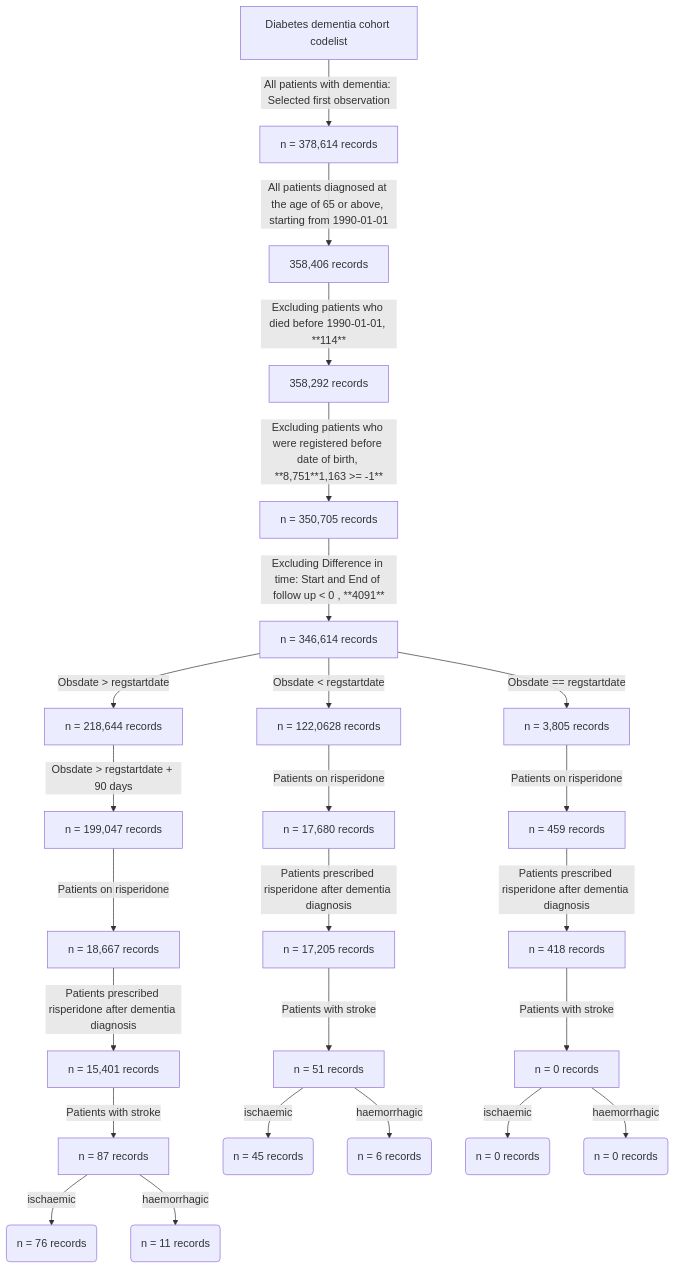
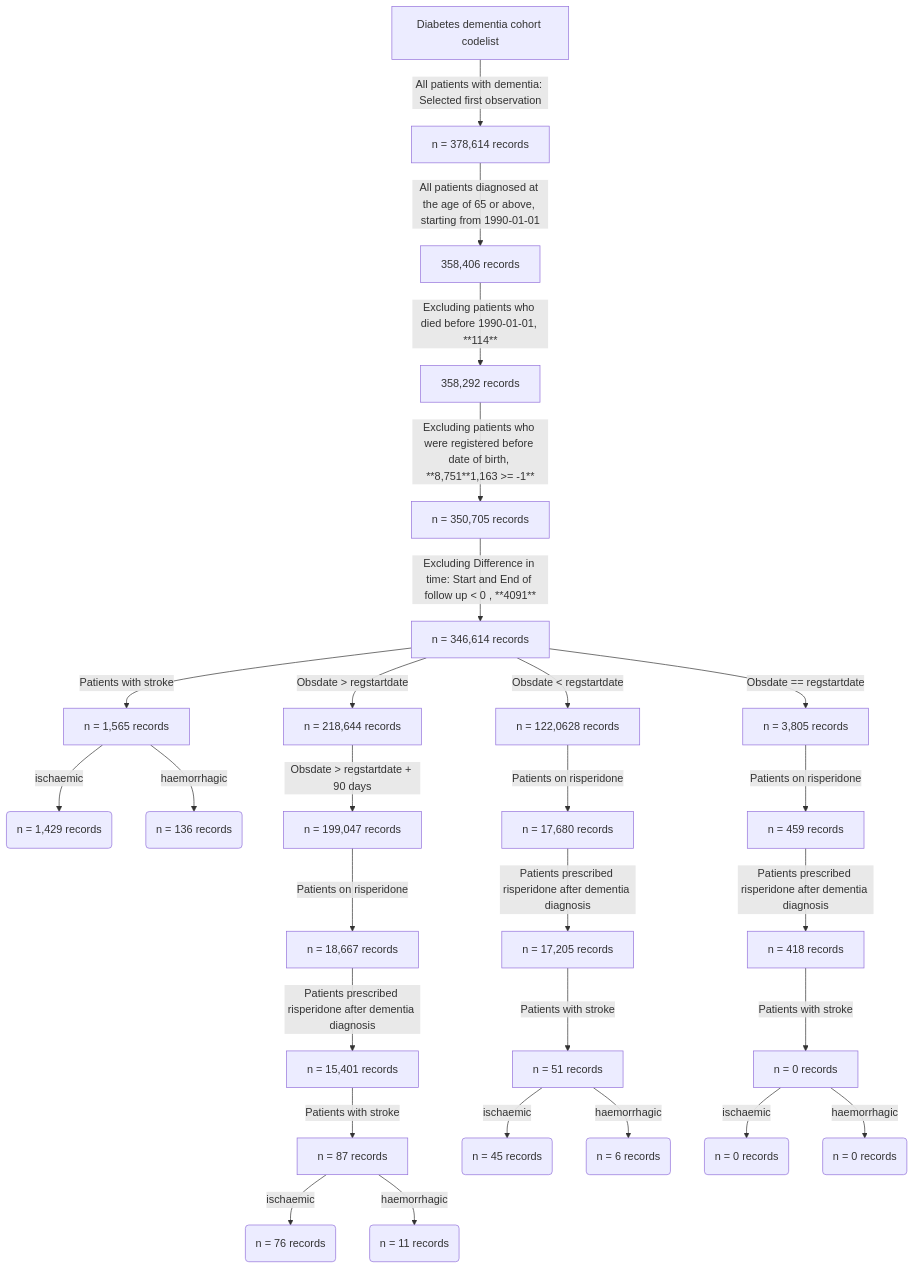
One commit to Exeter-Diabetes/Dementia changed the first of 2 diagrams in iPRIME/README.md. Above: the diagram before and after it, drawn with Mermaid.

````diff
--- a/iPRIME/README.md
+++ b/iPRIME/README.md
@@ -11,29 +11,41 @@
 ```mermaid
 flowchart TD
     A[Diabetes dementia cohort codelist ] -->|All patients with dementia: Selected first observation| B(n = 378,614 records)
     B[n = 378,614 records ] -->| All patients diagnosed at the age of 65 or above, starting from 1990-01-01  | C(n = 358,406 records)
     C[358,406 records ] -->| Excluding patients who died before 1990-01-01, **114**   | D(n = 358,292 records)
     D[358,292 records ] -->| Excluding patients who were registered before date of birth, **8,751**1,163 >= -1**    | F(n = 350,705 records)
     F[n = 350,705 records ] -->| Excluding Difference in time: Start and End of follow up < 0 , **4091**  | K(n = 346,614 records)
     K[n = 346,614 records ] -->| Obsdate < regstartdate  | G(n = 122,0628 records)
     K[n = 346,614 records ] -->| Obsdate == regstartdate  | H(n = 3,805 records)
     K[n = 346,614 records ] -->| Obsdate > regstartdate  | I(n = 218,644 records)
+    K[n = 346,614 records ] -->| Patients with stroke  | IZ(n = 218,644 records)
+    IZ[n = 1,565 records ] -->| ischaemic  | IK(n = 1,429 records)
+    IZ[n = 1,565 records ] -->| haemorrhagic   | IJ(n = 136 records)
     I[n = 218,644  records ] -->| Obsdate > regstartdate + 90 days  | J(n = 199,047 records)
     J[n = 199,047  records ] -->| Patients on risperidone  | N(n = 18,667 records)
     N[n = 18,667  records ] -->| Patients prescribed risperidone after dementia diagnosis  | P(n = 15,401 records)
     P[n = 15,401  records ] -->| Patients with stroke  | Q(n = 87 records)
     Q[n = 87  records ] -->| ischaemic   | R(n = 76 records)
     Q[n = 87  records ] -->| haemorrhagic      | T(n = 11 records)
+
+
+    
+
     G[n = 122,0628 records ] -->| Patients on risperidone  | X(n = 17,680 records)
     X[n = 17,680  records ] -->| Patients prescribed risperidone after dementia diagnosis  | Z(n = 17,205 records)
     Z[n = 17,205  records ] -->| Patients with stroke  | Y(n = 51 records)
     Y[n = 51  records ] -->| ischaemic   | U(n = 45 records)
     Y[n = 51  records ] -->| haemorrhagic      | V(n = 6 records)
+
+
+
     H[ n = 3,805 records ] -->| Patients on risperidone  | XV(n = 459 records)
     XV[n = 459 records ] -->| Patients prescribed risperidone after dementia diagnosis  | ZV(n = 418 records)
     ZV[n = 418 records ] -->| Patients with stroke  | YV(n = 0 records)
     YV[n = 0 records ] -->| ischaemic   | UV(n = 0 records)
     YV[n = 0 records ] -->| haemorrhagic      | VV(n = 0 records)
 
 
+
+
 ```
````
